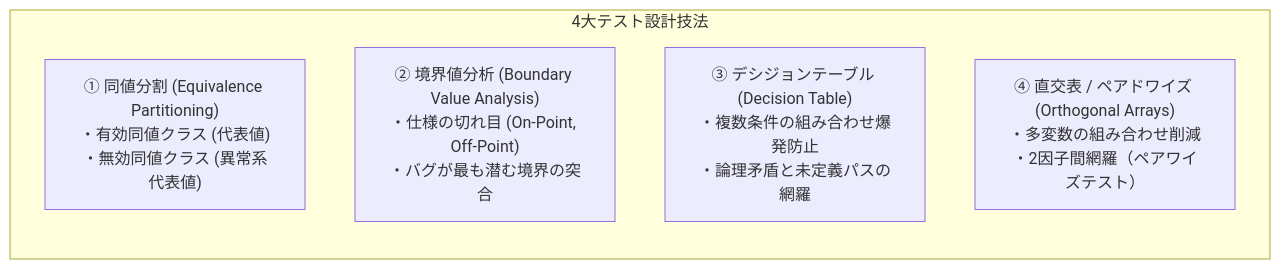
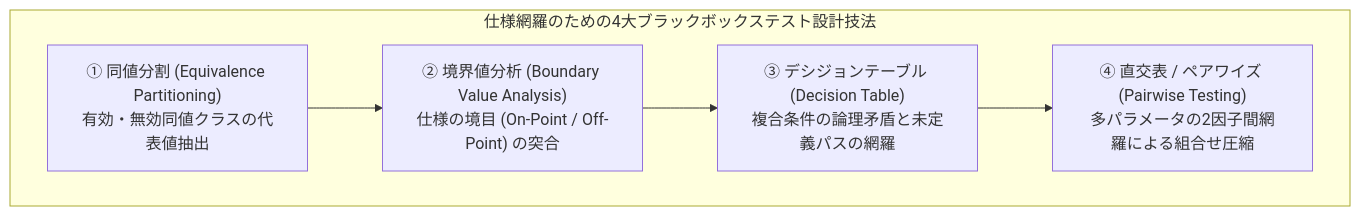
One commit to AnaharaYasuo/product-quality-management-book changed the fourth of 4 diagrams in manuscript/05_chapter5.md. Above: the diagram before and after it, drawn with Mermaid. The commit also changed other lines of this file and 32 other files, not shown here.

````diff
--- a/manuscript/05_chapter5.md
+++ b/manuscript/05_chapter5.md
@@ -168,9 +164,10 @@
 ```mermaid
-flowchart LR
-    subgraph 4大テスト設計技法
-        EP["① 同値分割 (Equivalence Partitioning)<br>・有効同値クラス (代表値)<br>・無効同値クラス (異常系代表値)"]
-        BVA["② 境界値分析 (Boundary Value Analysis)<br>・仕様の切れ目 (On-Point, Off-Point)<br>・バグが最も潜む境界の突合"]
-        DT["③ デシジョンテーブル (Decision Table)<br>・複数条件の組み合わせ爆発防止<br>・論理矛盾と未定義パスの網羅"]
-        OA["④ 直交表 / ペアドワイズ (Orthogonal Arrays)<br>・多変数の組み合わせ削減<br>・2因子間網羅（ペアワイズテスト）"]
+flowchart TD
+    subgraph Techniques["仕様網羅のための4大ブラックボックステスト設計技法"]
+        EP["① 同値分割 (Equivalence Partitioning)<br>有効・無効同値クラスの代表値抽出"]
+        BVA["② 境界値分析 (Boundary Value Analysis)<br>仕様の境目 (On-Point / Off-Point) の突合"]
+        DT["③ デシジョンテーブル (Decision Table)<br>複合条件の論理矛盾と未定義パスの網羅"]
+        OA["④ 直交表 / ペアワイズ (Pairwise Testing)<br>多パラメータの2因子間網羅による組合せ圧縮"]
+        EP --> BVA --> DT --> OA
     end
 ```
````
